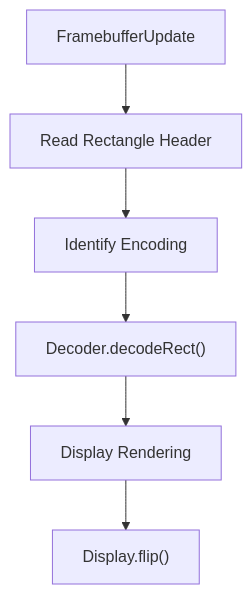
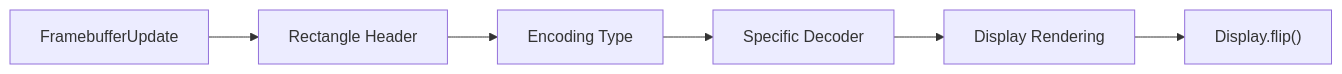
The fourth of 6 diagrams in docs/reference/architecture/rfb-and-display/rfb-and-display.md (Ylianst/MeshCentral), drawn with Mermaid before and after one commit. The commit also changed other lines of this file and 642 other files, not shown here.

````diff
--- a/docs/reference/architecture/rfb-and-display/rfb-and-display.md
+++ b/docs/reference/architecture/rfb-and-display/rfb-and-display.md
@@ -134,8 +117,8 @@
 ```mermaid
-flowchart TD
-    Update["FramebufferUpdate"] --> Rect["Read Rectangle Header"]
-    Rect --> Encoding["Identify Encoding"]
-    Encoding --> Decoder["Decoder.decodeRect()"]
+flowchart LR
+    Message["FramebufferUpdate"] --> RectHeader["Rectangle Header"]
+    RectHeader --> EncodingCheck["Encoding Type"]
+    EncodingCheck --> Decoder["Specific Decoder"]
     Decoder --> DisplayRender["Display Rendering"]
     DisplayRender --> Flip["Display.flip()"]
 ```
````
